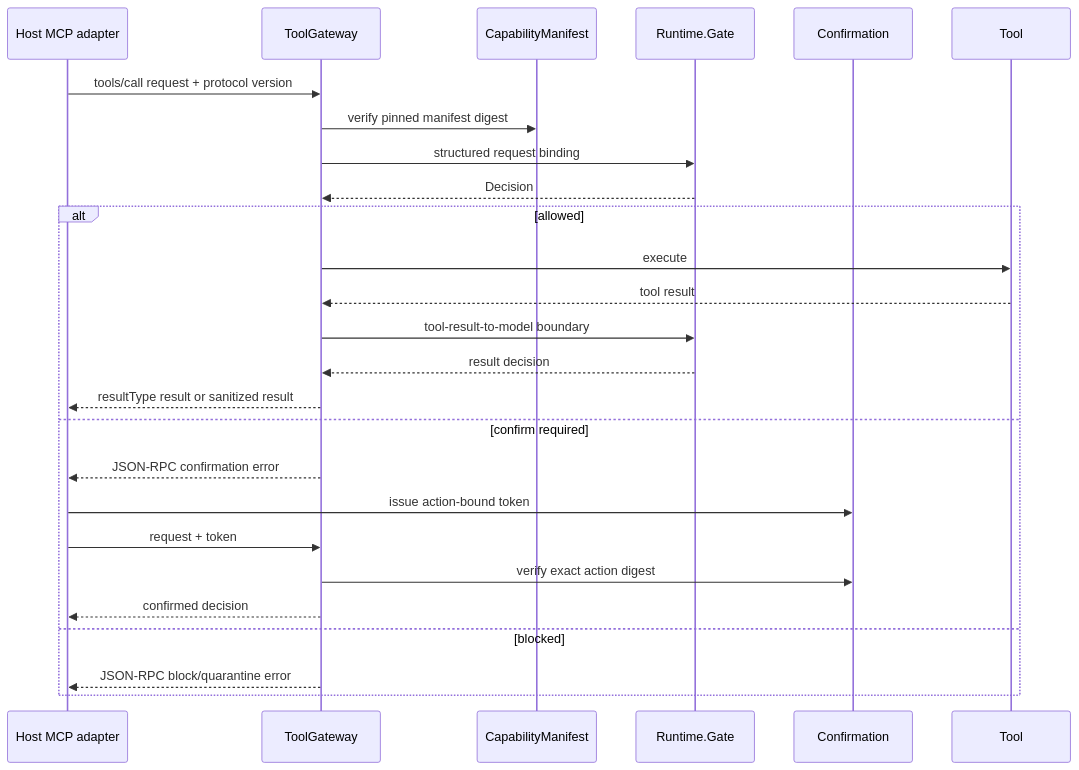
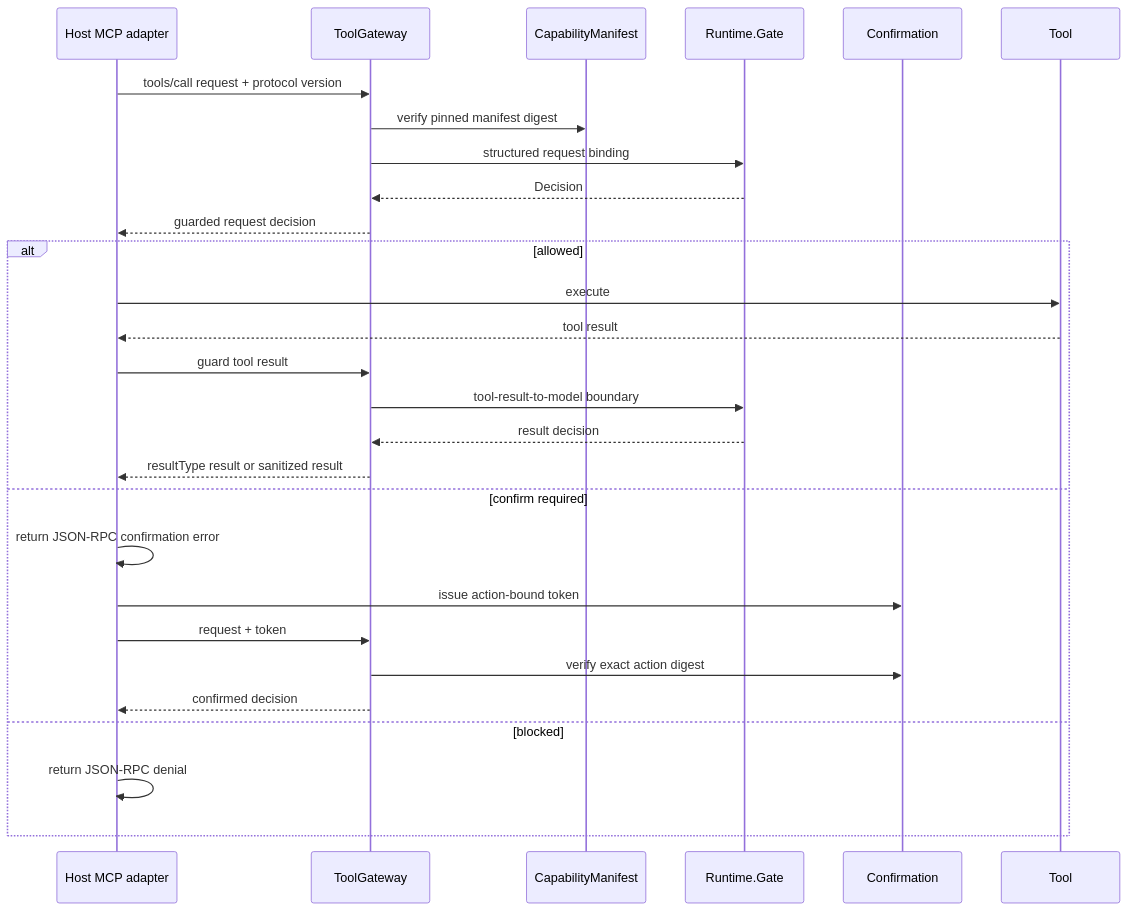
The fourth of 5 diagrams in docs/architecture.md (refpath/sigil_guard), drawn with Mermaid before and after one commit. The commit also changed other lines of this file and 20 other files, not shown here.

````diff
--- a/docs/architecture.md
+++ b/docs/architecture.md
@@ -147,29 +143,31 @@
 ```mermaid
 sequenceDiagram
     participant Adapter as Host MCP adapter
     participant Gateway as ToolGateway
     participant Manifest as CapabilityManifest
     participant Gate as Runtime.Gate
     participant Confirm as Confirmation
     participant Tool
 
     Adapter->>Gateway: tools/call request + protocol version
     Gateway->>Manifest: verify pinned manifest digest
     Gateway->>Gate: structured request binding
     Gate-->>Gateway: Decision
+    Gateway-->>Adapter: guarded request decision
     alt allowed
-        Gateway->>Tool: execute
-        Tool-->>Gateway: tool result
+        Adapter->>Tool: execute
+        Tool-->>Adapter: tool result
+        Adapter->>Gateway: guard tool result
         Gateway->>Gate: tool-result-to-model boundary
         Gate-->>Gateway: result decision
         Gateway-->>Adapter: resultType result or sanitized result
     else confirm required
-        Gateway-->>Adapter: JSON-RPC confirmation error
+        Adapter->>Adapter: return JSON-RPC confirmation error
         Adapter->>Confirm: issue action-bound token
         Adapter->>Gateway: request + token
         Gateway->>Confirm: verify exact action digest
         Gateway-->>Adapter: confirmed decision
     else blocked
-        Gateway-->>Adapter: JSON-RPC block/quarantine error
+        Adapter->>Adapter: return JSON-RPC denial
     end
 ```
````
